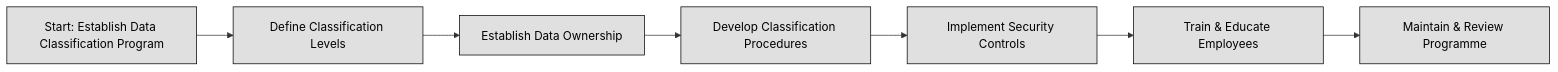
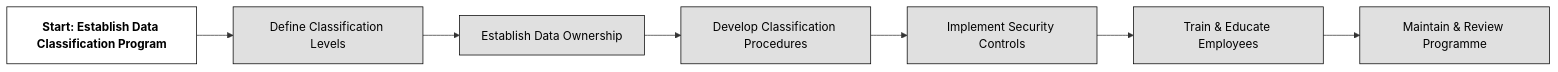
Before and after one commit to lorenzoleonelli/CISSP-Zero-to-Hero: the diagram in DOMAIN2: Asset Security/2.01 Identify and classify information and assets.md, drawn with Mermaid.

Commit message:
Refine flowchart for Data Classification Program
Updated the flowchart in the Data Classification Program section to ensure clarity and consistency in the steps outlined.

````diff
--- a/DOMAIN2: Asset Security/2.01 Identify and classify information and assets.md
+++ b/DOMAIN2: Asset Security/2.01 Identify and classify information and assets.md
@@ -81,12 +81,16 @@
 ```mermaid
 flowchart LR
-  A[Start: Establish Data Classification Program] --> B[Define Classification Levels]
-  B --> C[Establish Data Ownership]
-  C --> D[Develop Classification Procedures]
-  D --> E[Implement Security Controls]
-  E --> F[Train & Educate Employees]
-  F --> G[Maintain & Review Programme]
+    A[Start: Establish Data Classification Program] --> B[Define Classification Levels]
+    B --> C[Establish Data Ownership]
+    C --> D[Develop Classification Procedures]
+    D --> E[Implement Security Controls]
+    E --> F[Train & Educate Employees]
+    F --> G[Maintain & Review Programme]
 
     classDef center fill:#ffffff,color:#000000,stroke:#000000,stroke-width:1px,font-weight:bold
     classDef node fill:#e0e0e0,color:#000000,stroke:#000000,stroke-width:1px
+
+    %% Assigning classes to the nodes
+    class A center
+    class B,C,D,E,F,G node
 ```
````
